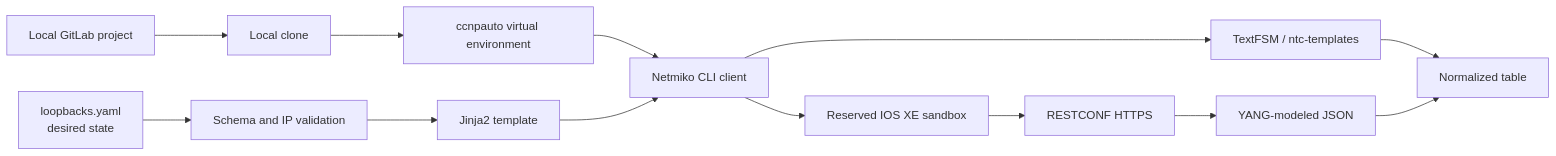
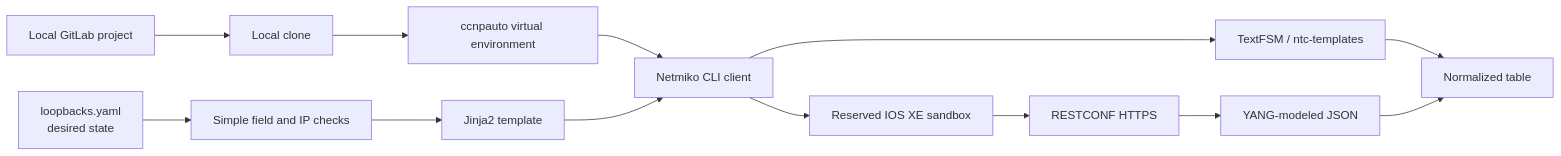
Before and after one commit to tanthanh85/CCNPAUTO: the first of 3 diagrams in LAB/Lab2/Lab2.md, drawn with Mermaid. The commit also changed other lines of this file and 31 other files, not shown here.

````diff
--- a/LAB/Lab2/Lab2.md
+++ b/LAB/Lab2/Lab2.md
@@ -52,17 +52,17 @@
 ```mermaid
 flowchart LR
     GitLab["Local GitLab project"] --> Clone["Local clone"]
     Clone --> Venv["ccnpauto virtual environment"]
     Venv --> CLI["Netmiko CLI client"]
     CLI --> TextFSM["TextFSM / ntc-templates"]
     TextFSM --> Table["Normalized table"]
 
-    YAML["loopbacks.yaml<br/>desired state"] --> Validate["Schema and IP validation"]
+    YAML["loopbacks.yaml<br/>desired state"] --> Validate["Simple field and IP checks"]
     Validate --> Jinja["Jinja2 template"]
     Jinja --> CLI
     CLI --> Router["Reserved IOS XE sandbox"]
 
     Router --> RESTCONF["RESTCONF HTTPS"]
     RESTCONF --> JSON["YANG-modeled JSON"]
     JSON --> Table
 ```
````
